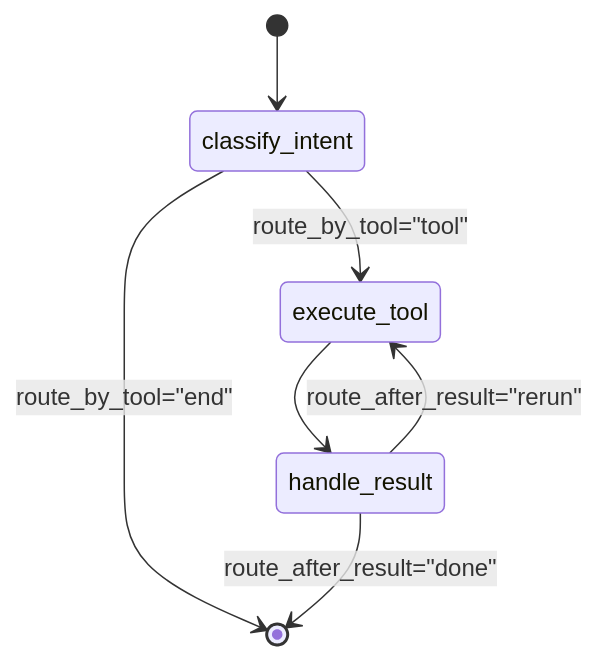
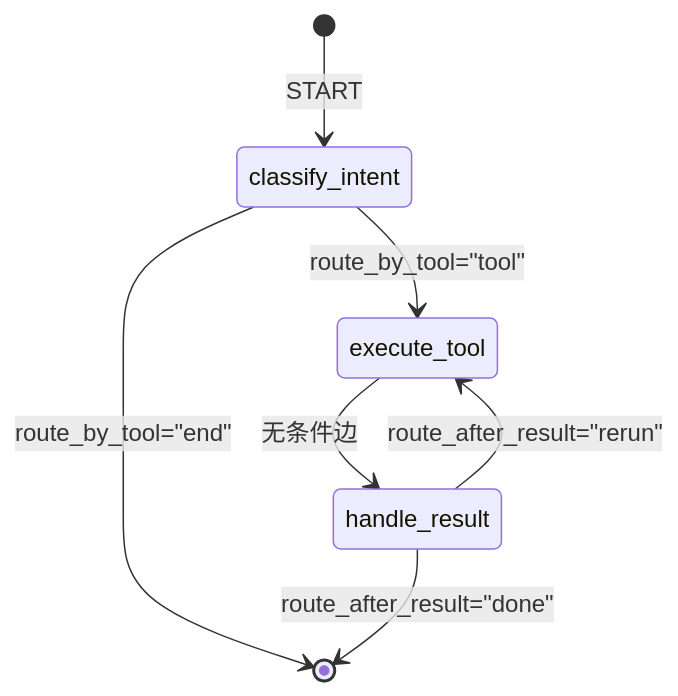
One commit to 996Code/llm-to-modeler changed diagram 13 of 33 in doc/系统架构与学习指南.md. Above: the diagram before and after it, drawn with Mermaid. The commit also changed other lines of this file and 82 other files, not shown here.

````diff
--- a/doc/系统架构与学习指南.md
+++ b/doc/系统架构与学习指南.md
@@ -205,9 +276,12 @@
 ```mermaid
 stateDiagram-v2
-    [*] --> classify_intent
+    [*] --> classify_intent: START
+
     classify_intent --> execute_tool: route_by_tool="tool"
     classify_intent --> [*]: route_by_tool="end"
-    execute_tool --> handle_result
+
+    execute_tool --> handle_result: 无条件边
+
     handle_result --> execute_tool: route_after_result="rerun"
     handle_result --> [*]: route_after_result="done"
 ```
````
